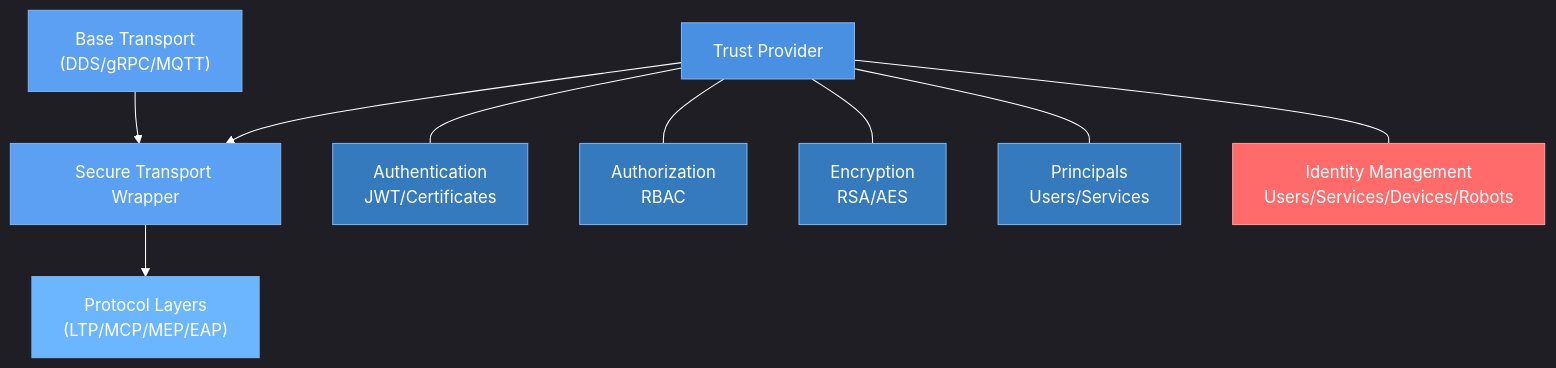
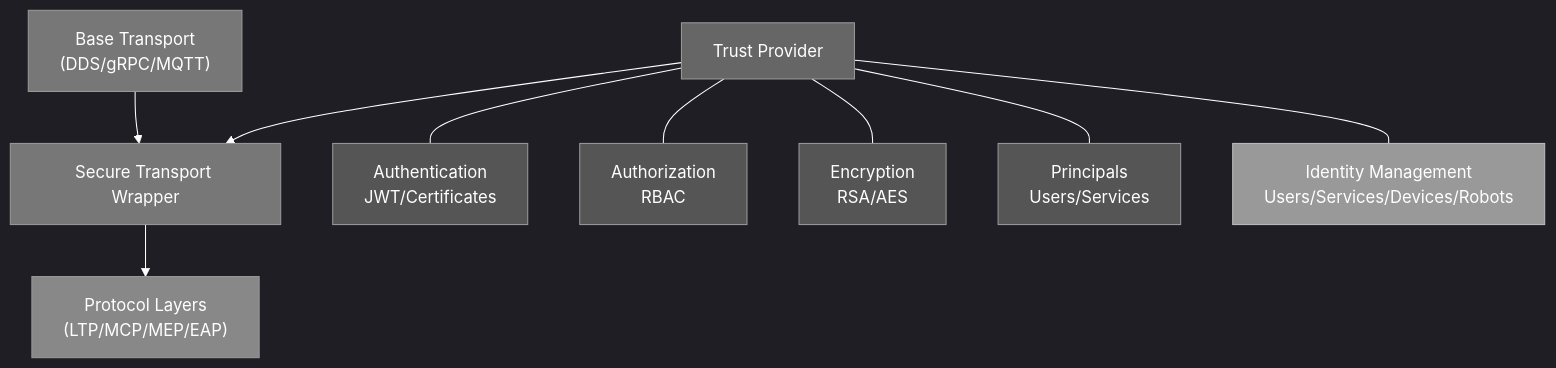
Before and after one commit to mbhatt1/ecps-sdk: diagram 11 of 14 in DesignDoc.md, drawn with Mermaid. The commit also changed other lines of this file, not shown here.

Commit message:
Adding trust layer + fix diagrams

````diff
--- a/DesignDoc.md
+++ b/DesignDoc.md
@@ -798,40 +798,40 @@
 ```mermaid
-%%{init: {'theme': 'dark', 'themeVariables': { 'primaryColor': '#4a90e2', 'primaryTextColor': '#ffffff', 'primaryBorderColor': '#7bb3f0', 'lineColor': '#ffffff', 'secondaryColor': '#5ba0f2', 'tertiaryColor': '#357abd', 'background': '#1e1e1e', 'mainBkg': '#2d2d2d', 'secondBkg': '#3d3d3d', 'tertiaryColor': '#4d4d4d'}}}%%
+%%{init: {'theme': 'dark', 'themeVariables': { 'primaryColor': '#666666', 'primaryTextColor': '#ffffff', 'primaryBorderColor': '#999999', 'lineColor': '#ffffff', 'secondaryColor': '#777777', 'tertiaryColor': '#555555', 'background': '#2d2d2d', 'mainBkg': '#666666', 'secondBkg': '#777777', 'tertiaryColor': '#888888'}}}%%
 flowchart TB
     %% Trust Layer Integration
     TrustProvider["Trust Provider"]
     SecureTransport["Secure Transport Wrapper"]
     BaseTransport["Base Transport<br>(DDS/gRPC/MQTT)"]
     Protocol["Protocol Layers<br>(LTP/MCP/MEP/EAP)"]
     
     %% Trust Components
     Authentication["Authentication<br>JWT/Certificates"]
     Authorization["Authorization<br>RBAC"]
     Encryption["Encryption<br>RSA/AES"]
     Principals["Principals<br>Users/Services"]
     Identity["Identity Management<br>Users/Services/Devices/Robots"]
     
     %% Flow
     TrustProvider --- Authentication
     TrustProvider --- Authorization
     TrustProvider --- Encryption
     TrustProvider --- Principals
     TrustProvider --- Identity
     
     TrustProvider --> SecureTransport
     BaseTransport --> SecureTransport
     SecureTransport --> Protocol
     
     %% Styling
-    classDef provider fill:#4a90e2,stroke:#7bb3f0,color:#ffffff
-    classDef transport fill:#5ba0f2,stroke:#7bb3f0,color:#ffffff
-    classDef component fill:#357abd,stroke:#7bb3f0,color:#ffffff
-    classDef protocol fill:#6bb6ff,stroke:#7bb3f0,color:#ffffff
-    classDef identity fill:#ff6b6b,stroke:#ff9999,color:#ffffff
+    classDef provider fill:#666666,stroke:#999999,color:#ffffff
+    classDef transport fill:#777777,stroke:#999999,color:#ffffff
+    classDef component fill:#555555,stroke:#999999,color:#ffffff
+    classDef protocol fill:#888888,stroke:#999999,color:#ffffff
+    classDef identity fill:#999999,stroke:#bbbbbb,color:#ffffff
     
     class TrustProvider provider
     class SecureTransport,BaseTransport transport
     class Authentication,Authorization,Encryption,Principals component
     class Protocol protocol
     class Identity identity
 ```
````
